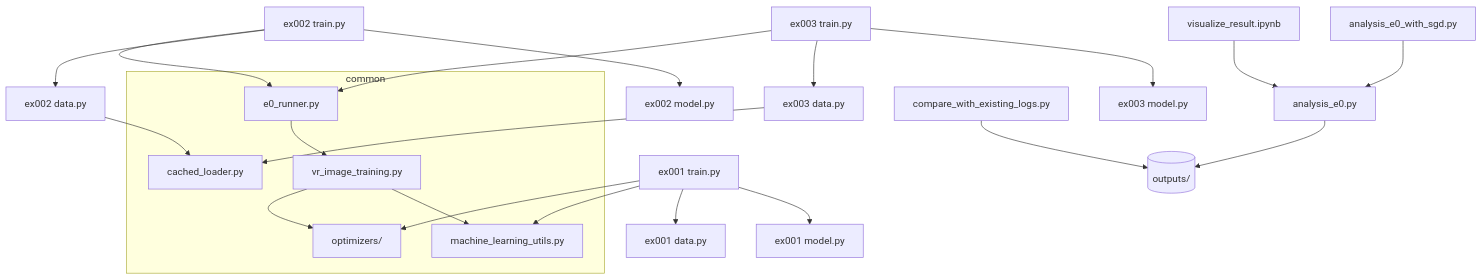
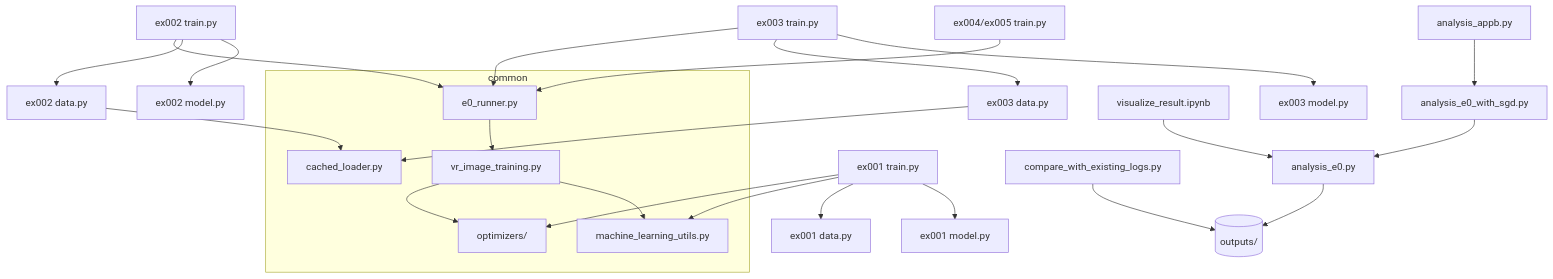
Before and after one commit to yryo1005/ASAI_SVRG_programs: the first of 2 diagrams in programs_review/document.md, drawn with Mermaid. The commit also changed other lines of this file and 43 other files, not shown here.

````diff
--- a/programs_review/document.md
+++ b/programs_review/document.md
@@ -44,27 +56,29 @@
 ```mermaid
 graph TD
     subgraph common
         U[machine_learning_utils.py]
         O[optimizers/]
         C[cached_loader.py]
         V[vr_image_training.py]
         R[e0_runner.py]
     end
     T1[ex001 train.py] --> O
     T1 --> U
     T1 --> D1[ex001 data.py]
     T1 --> M1[ex001 model.py]
     T2[ex002 train.py] --> R
     T3[ex003 train.py] --> R
     R --> V
     V --> O
     V --> U
     T2 --> D2[ex002 data.py] --> C
     T3 --> D3[ex003 data.py] --> C
     T2 --> M2[ex002 model.py]
     T3 --> M3[ex003 model.py]
+    T4[ex004/ex005 train.py] --> R
+    AB[analysis_appb.py] --> AS
     A[analysis_e0.py] --> OUT[(outputs/)]
     NB[visualize_result.ipynb] --> A
     CMP[compare_with_existing_logs.py] --> OUT
     AS[analysis_e0_with_sgd.py] --> A
 ```
````
